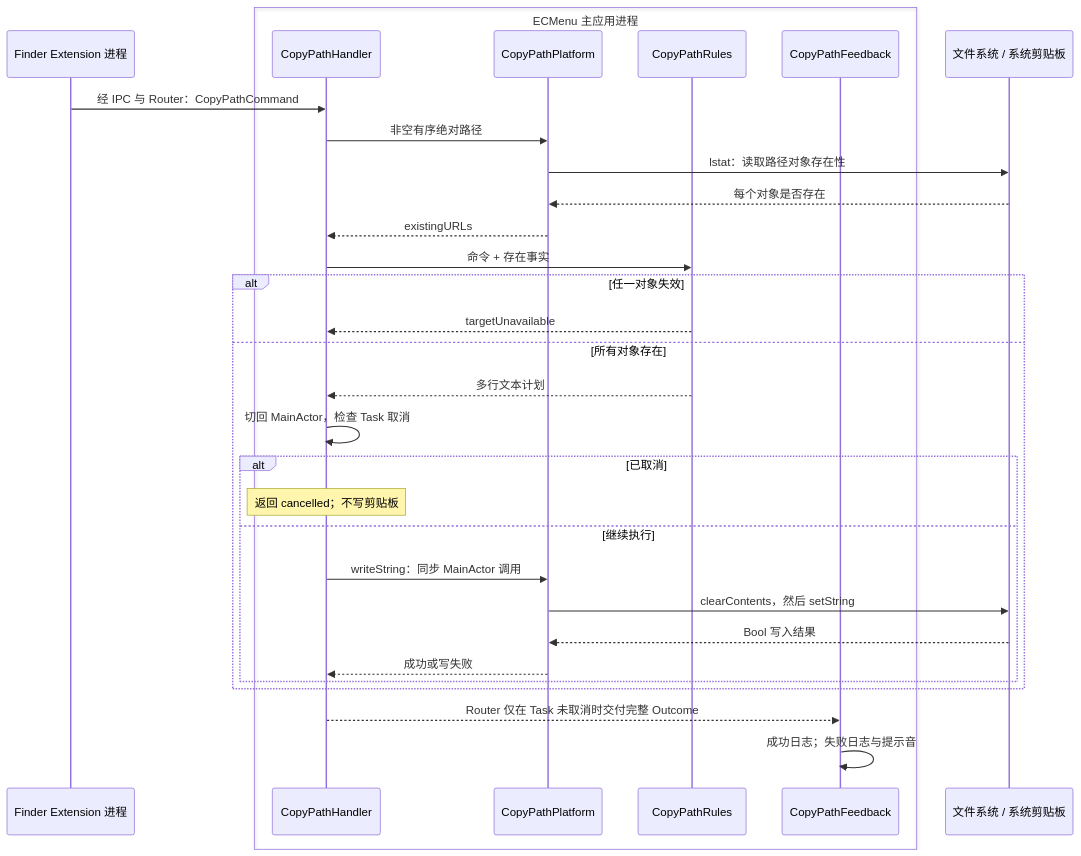
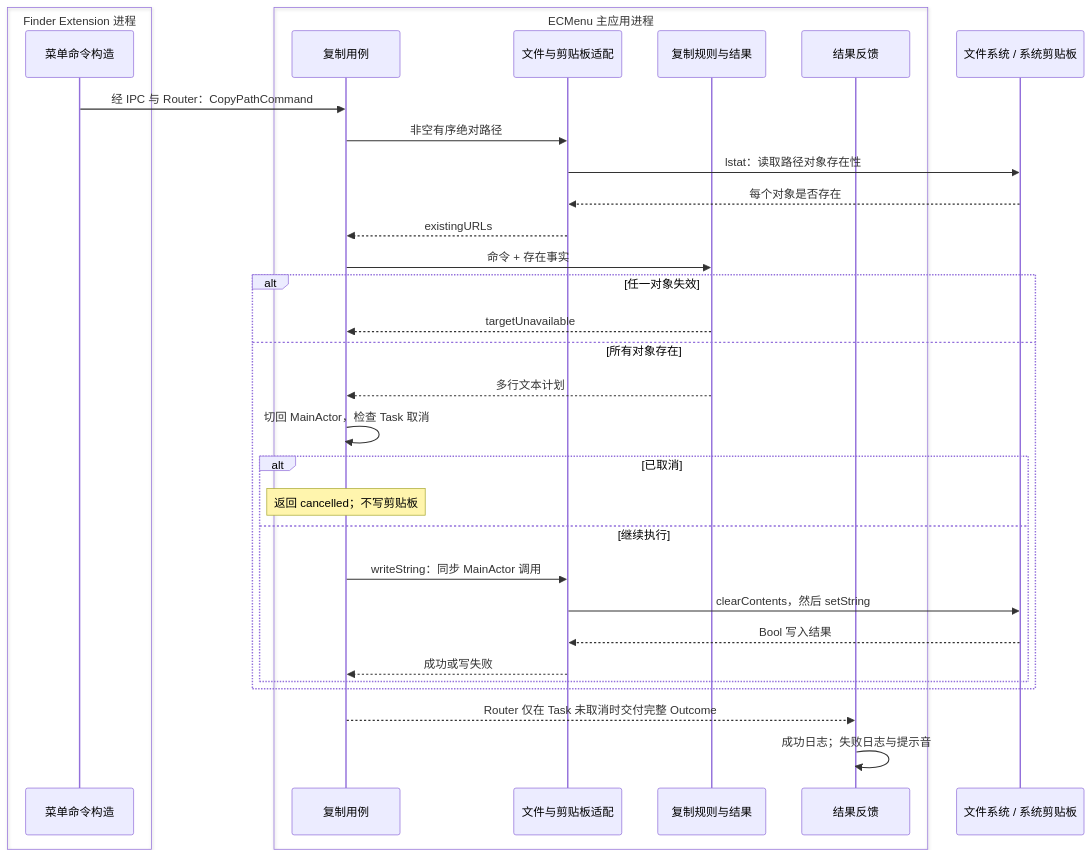
One commit to tlb-22/mac-tool-ecmenu changed the diagram in spec/Technical/Features/CopyPath.md. Above: the diagram before and after it, drawn with Mermaid. The commit also changed other lines of this file and 38 other files, not shown here.

````diff
--- a/spec/Technical/Features/CopyPath.md
+++ b/spec/Technical/Features/CopyPath.md
@@ -7,33 +7,35 @@
 ```mermaid
 sequenceDiagram
-    participant E as Finder Extension 进程
+    box Finder Extension 进程
+        participant E as 菜单命令构造
+    end
     box ECMenu 主应用进程
-        participant H as CopyPathHandler
-        participant P as CopyPathPlatform
-        participant R as CopyPathRules
-        participant F as CopyPathFeedback
+        participant H as 复制用例
+        participant P as 文件与剪贴板适配
+        participant R as 复制规则与结果
+        participant F as 结果反馈
     end
     participant S as 文件系统 / 系统剪贴板
     E->>H: 经 IPC 与 Router：CopyPathCommand
     H->>P: 非空有序绝对路径
     P->>S: lstat：读取路径对象存在性
     S-->>P: 每个对象是否存在
     P-->>H: existingURLs
     H->>R: 命令 + 存在事实
     alt 任一对象失效
         R-->>H: targetUnavailable
     else 所有对象存在
         R-->>H: 多行文本计划
         H->>H: 切回 MainActor，检查 Task 取消
         alt 已取消
             Note over H: 返回 cancelled；不写剪贴板
         else 继续执行
             H->>P: writeString：同步 MainActor 调用
             P->>S: clearContents，然后 setString
             S-->>P: Bool 写入结果
             P-->>H: 成功或写失败
         end
     end
     H-->>F: Router 仅在 Task 未取消时交付完整 Outcome
     F->>F: 成功日志；失败日志与提示音
 ```
````
